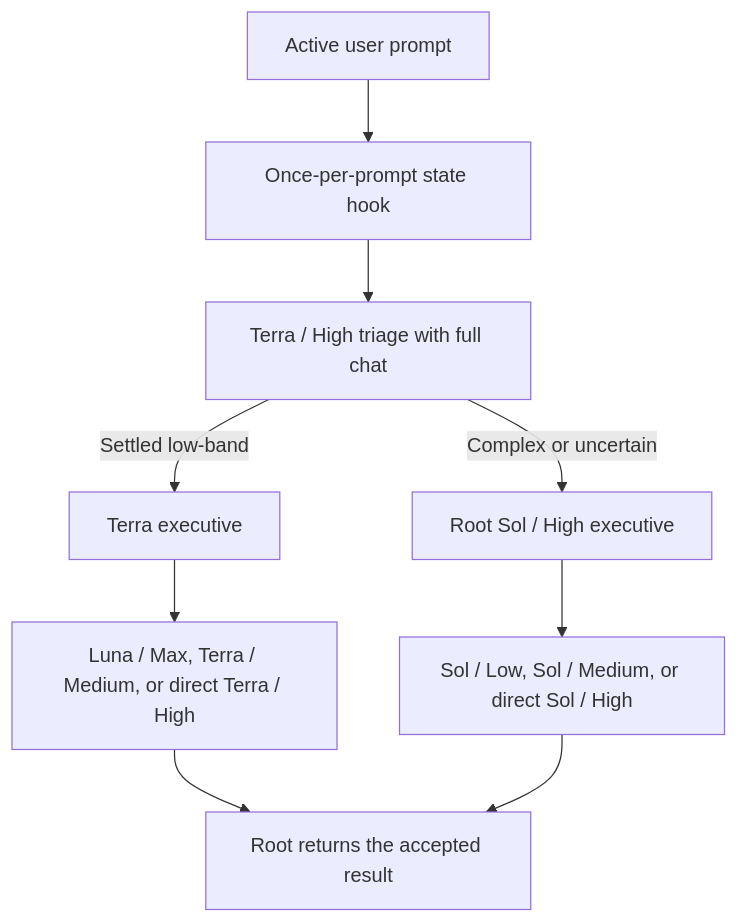
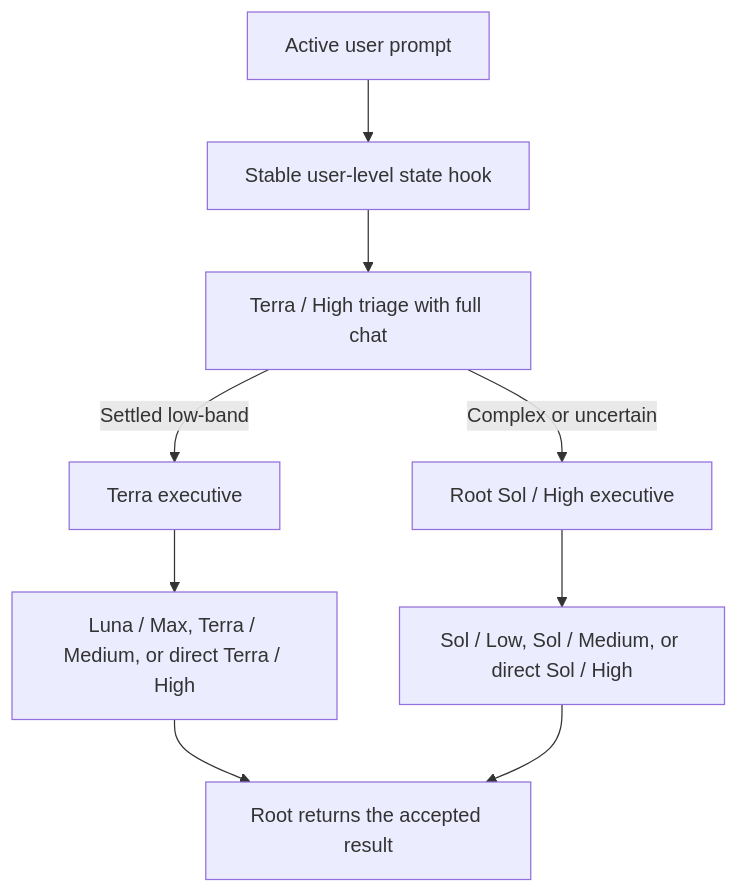
One commit to jessejaffe/codex-orchestration changed the diagram in README.md. Above: the diagram before and after it, drawn with Mermaid. The commit also changed other lines of this file and 10 other files, not shown here.

````diff
--- a/README.md
+++ b/README.md
@@ -39,11 +39,11 @@
 ```mermaid
 flowchart TD
-    U["Active user prompt"] --> H["Once-per-prompt state hook"]
+    U["Active user prompt"] --> H["Stable user-level state hook"]
     H --> T["Terra / High triage with full chat"]
     T -->|"Settled low-band"| L["Terra executive"]
     L --> P1["Luna / Max, Terra / Medium, or direct Terra / High"]
     T -->|"Complex or uncertain"| S["Root Sol / High executive"]
     S --> P2["Sol / Low, Sol / Medium, or direct Sol / High"]
     P1 --> R["Root returns the accepted result"]
     P2 --> R
 ```
````
